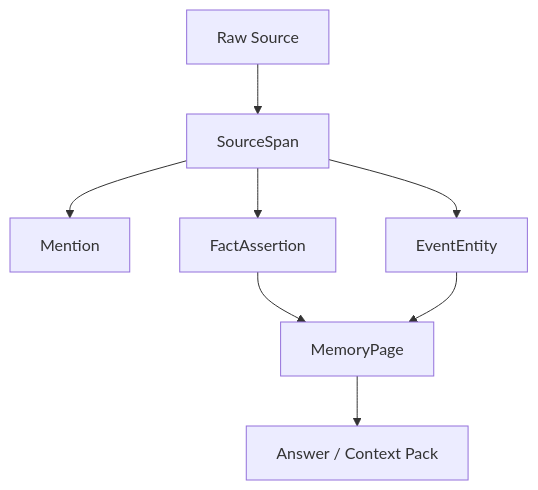
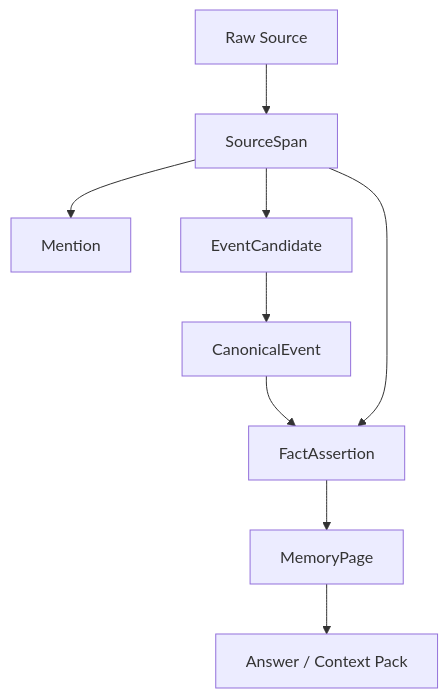
One commit to FrankQDWang/sextantlabs changed the second of 6 diagrams in goals/00-design-principles.md. Above: the diagram before and after it, drawn with Mermaid. The commit also changed other lines of this file and 16 other files, not shown here.

````diff
--- a/goals/00-design-principles.md
+++ b/goals/00-design-principles.md
@@ -32,10 +32,11 @@
 ```mermaid
 flowchart TD
     A[Raw Source] --> B[SourceSpan]
     B --> C[Mention]
-    B --> D[FactAssertion]
-    B --> E[EventEntity]
-    D --> F[MemoryPage]
-    E --> F
-    F --> G[Answer / Context Pack]
+    B --> D[EventCandidate]
+    D --> E[CanonicalEvent]
+    E --> F[FactAssertion]
+    B --> F
+    F --> G[MemoryPage]
+    G --> H[Answer / Context Pack]
 ```
````
